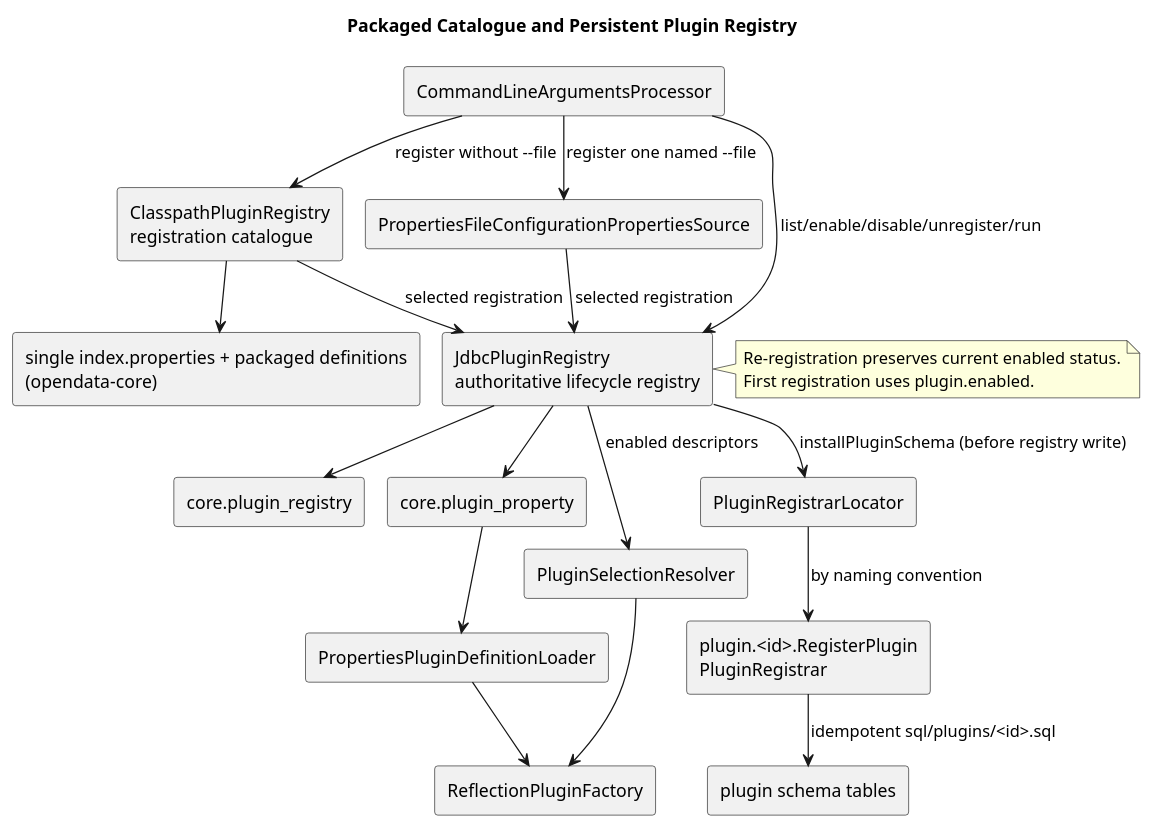
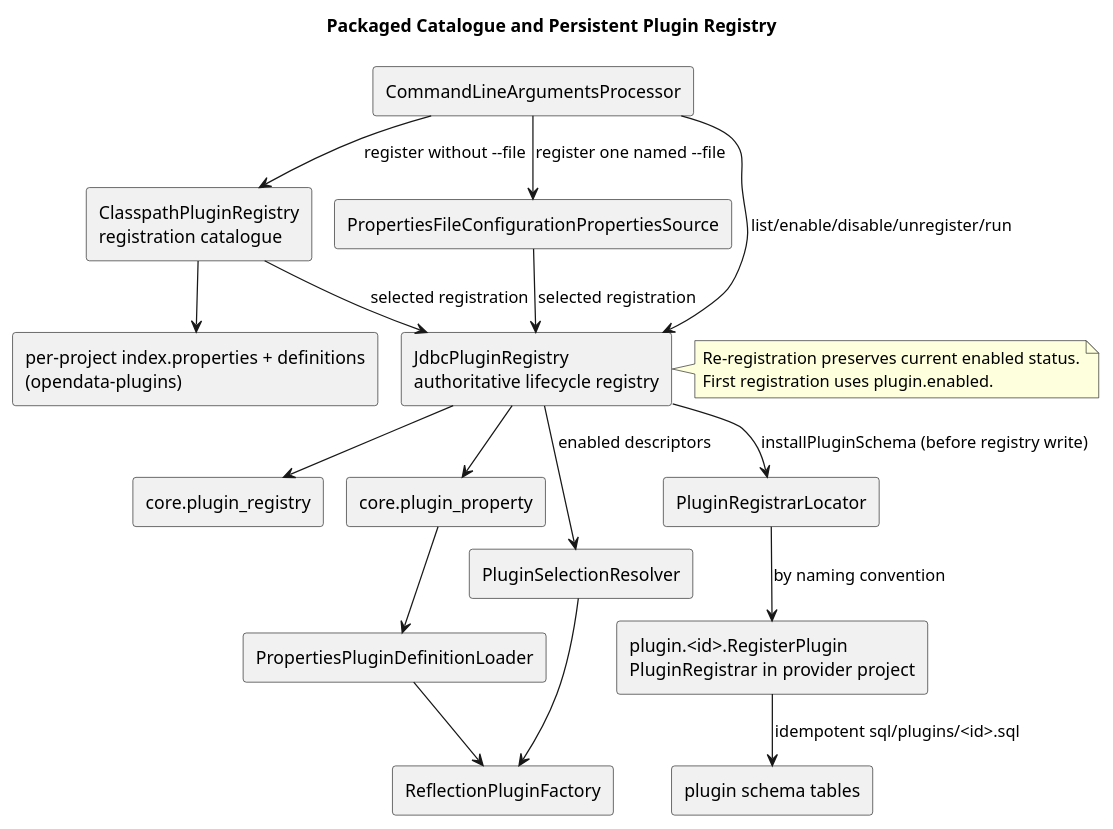
One commit to TerryCurranZellis/OpenData changed the diagram in docs/diagrams/source/plugin-registry.puml. Above: the diagram before and after it, drawn with PlantUML. The commit also changed 58 other files, not shown here.

Commit message:
Add provider project reactor

```diff
--- a/docs/diagrams/source/plugin-registry.puml
+++ b/docs/diagrams/source/plugin-registry.puml
@@ -1,38 +1,38 @@
 @startuml
 !pragma layout smetana
 title Packaged Catalogue and Persistent Plugin Registry
 skinparam componentStyle rectangle
 [CommandLineArgumentsProcessor] as CLI
 [ClasspathPluginRegistry\nregistration catalogue] as Catalogue
-[single index.properties + packaged definitions\n(opendata-core)] as Packaged
+[per-project index.properties + definitions\n(opendata-plugins)] as Packaged
 [PropertiesFileConfigurationPropertiesSource] as External
 [JdbcPluginRegistry\nauthoritative lifecycle registry] as Registry
 [core.plugin_registry] as RegistryTable
 [core.plugin_property] as PropertyTable
 [PluginSelectionResolver] as Selection
 [PropertiesPluginDefinitionLoader] as Loader
 [ReflectionPluginFactory] as Factory
 [PluginRegistrarLocator] as Locator
-[plugin.<id>.RegisterPlugin\nPluginRegistrar] as RegisterPlugin
+[plugin.<id>.RegisterPlugin\nPluginRegistrar in provider project] as RegisterPlugin
 [plugin schema tables] as PluginTables
 
 CLI --> Catalogue : register without --file
 Catalogue --> Packaged
 CLI --> External : register one named --file
 Catalogue --> Registry : selected registration
 External --> Registry : selected registration
 Registry --> Locator : installPluginSchema (before registry write)
 Locator --> RegisterPlugin : by naming convention
 RegisterPlugin --> PluginTables : idempotent sql/plugins/<id>.sql
 Registry --> RegistryTable
 Registry --> PropertyTable
 CLI --> Registry : list/enable/disable/unregister/run
 Registry --> Selection : enabled descriptors
 PropertyTable --> Loader
 Selection --> Factory
 Loader --> Factory
 note right of Registry
 Re-registration preserves current enabled status.
 First registration uses plugin.enabled.
 end note
 @enduml
```
